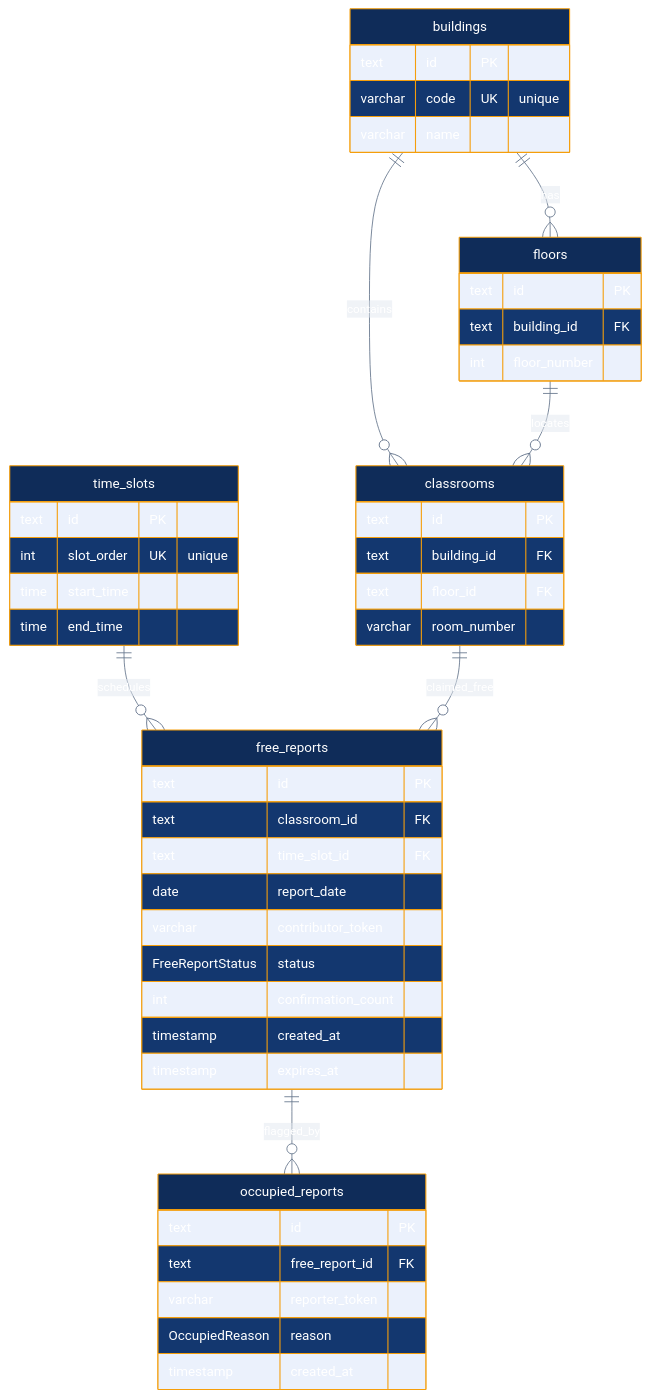
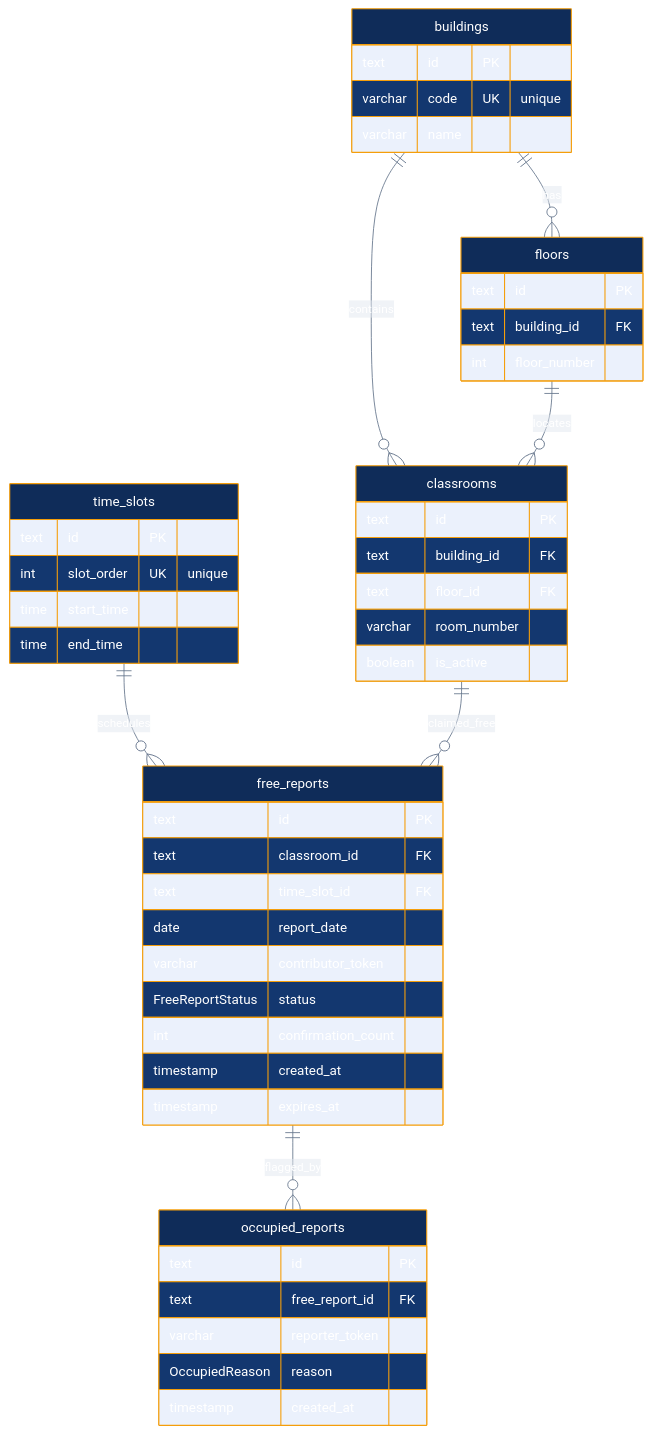
Before and after one commit to NIKHILESHGANESHAN/SRM-Classroom-Finder: the diagram in docs/ER-diagram.mmd, drawn with Mermaid. The commit also changed 19 other files, not shown here.

```diff
--- a/docs/ER-diagram.mmd
+++ b/docs/ER-diagram.mmd
@@ -1,77 +1,78 @@
 %%{
   init: {
     "theme": "base",
     "themeVariables": {
       "primaryColor": "#0F2C59",
       "primaryTextColor": "#ffffff",
       "primaryBorderColor": "#F59E0B",
       "lineColor": "#64748b",
       "secondaryColor": "#f8fafc",
       "tertiaryColor": "#e2e8f0"
     }
   }
 }%%
 erDiagram
   %% SRM KTR Classroom Finder — Entity-Relationship diagram
   %% Cardinalities: ||--o{  one-to-many ; }o--||  many-to-one
 
   buildings {
     text id PK
     varchar code UK "unique"
     varchar name
   }
 
   floors {
     text id PK
     text building_id FK
     int floor_number
   }
 
   time_slots {
     text id PK
     int slot_order UK "unique"
     time start_time
     time end_time
   }
 
   classrooms {
     text id PK
     text building_id FK
     text floor_id FK
     varchar room_number
+    boolean is_active
   }
 
   free_reports {
     text id PK
     text classroom_id FK
     text time_slot_id FK
     date report_date
     varchar contributor_token
     FreeReportStatus status
     int confirmation_count
     timestamp created_at
     timestamp expires_at
   }
 
   occupied_reports {
     text id PK
     text free_report_id FK
     varchar reporter_token
     OccupiedReason reason
     timestamp created_at
   }
 
   buildings ||--o{ floors : "has"
   buildings ||--o{ classrooms : "contains"
   floors ||--o{ classrooms : "locates"
   time_slots ||--o{ free_reports : "schedules"
   classrooms ||--o{ free_reports : "claimed_free"
   free_reports ||--o{ occupied_reports : "flagged_by"
 
   %% Notes (not drawable as FK edges in Mermaid):
   %% - UNIQUE (floors.building_id, floors.floor_number)
   %% - UNIQUE (floors.id, floors.building_id) supports composite FK
   %% - classrooms (floor_id, building_id) → floors (id, building_id)
   %% - UNIQUE free_reports (classroom_id, time_slot_id, report_date)
   %% - UNIQUE occupied_reports (free_report_id, reporter_token)
-  %% - VIEW active_free_classrooms joins free_reports + dimensions
+  %% - classrooms is_active soft-retire (V2.1 inventory)
```
